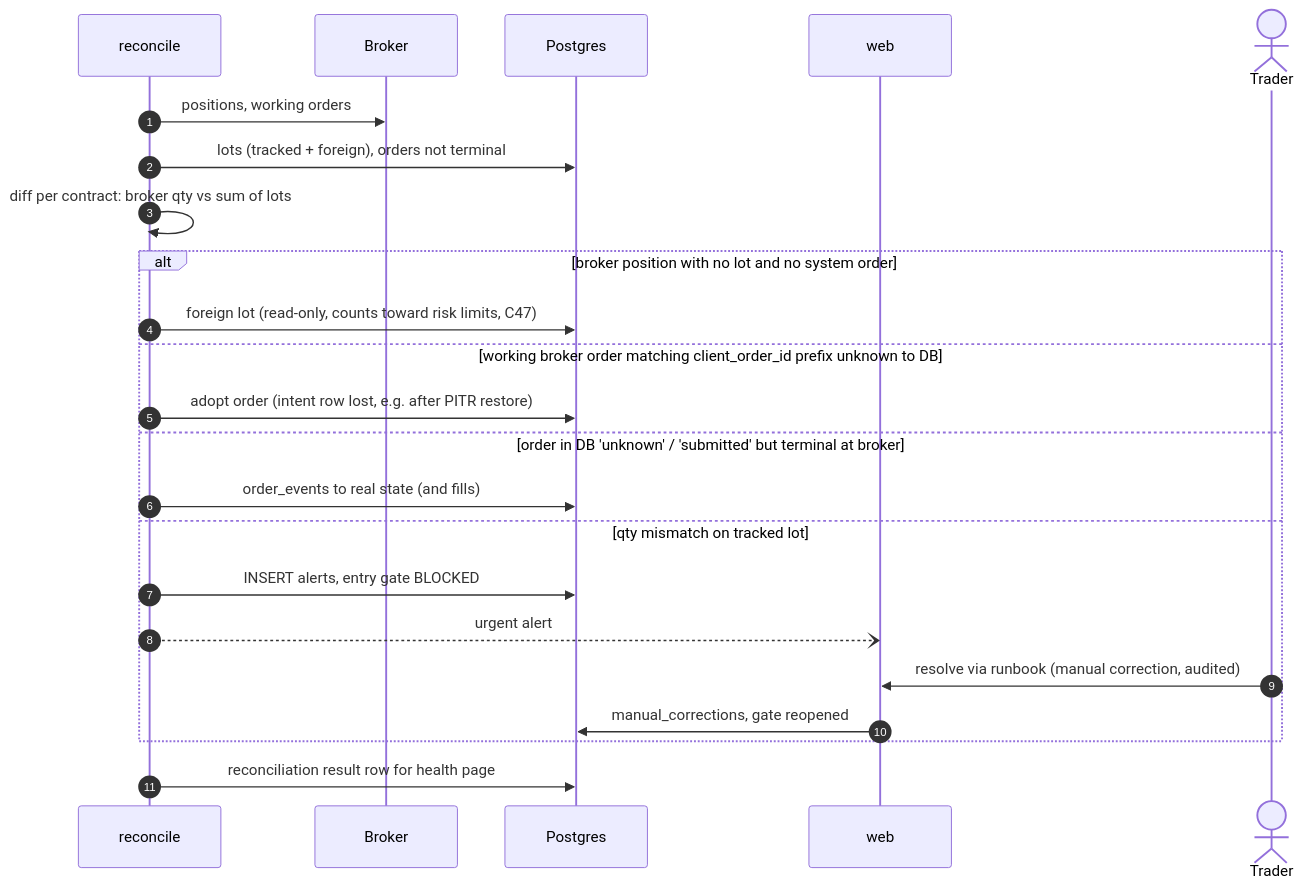
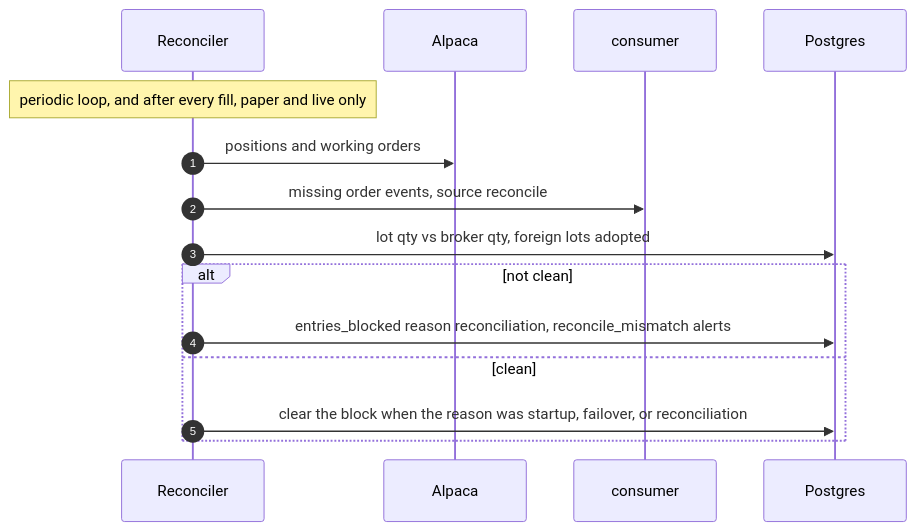
One commit to idolrun/trading-agent changed the ninth of 12 diagrams in docs/diagrams/06-sequence-diagrams.md. Above: the diagram before and after it, drawn with Mermaid. The commit also changed other lines of this file and 131 other files, not shown here.

First line of the commit message:
docs: update architecture and data flow diagrams for clarity and consistency

````diff
--- a/docs/diagrams/06-sequence-diagrams.md
+++ b/docs/diagrams/06-sequence-diagrams.md
@@ -396,26 +258,18 @@
 ```mermaid
 sequenceDiagram
     autonumber
-    participant R as reconcile
-    participant B as Broker
+    participant R as Reconciler
+    participant B as Alpaca
+    participant C as consumer
     participant DB as Postgres
-    participant W as web
-    actor U as Trader
 
-    R->>B: positions, working orders
-    R->>DB: lots (tracked + foreign), orders not terminal
-    R->>R: diff per contract: broker qty vs sum of lots
-    alt broker position with no lot and no system order
-        R->>DB: foreign lot (read-only, counts toward risk limits, C47)
-    else working broker order matching client_order_id prefix unknown to DB
-        R->>DB: adopt order (intent row lost, e.g. after PITR restore)
-    else order in DB 'unknown' / 'submitted' but terminal at broker
-        R->>DB: order_events to real state (and fills)
-    else qty mismatch on tracked lot
-        R->>DB: INSERT alerts, entry gate BLOCKED
-        R--)W: urgent alert
-        U->>W: resolve via runbook (manual correction, audited)
-        W->>DB: manual_corrections, gate reopened
+    Note over R: periodic loop, and after every fill, paper and live only
+    R->>B: positions and working orders
+    R->>C: missing order events, source reconcile
+    R->>DB: lot qty vs broker qty, foreign lots adopted
+    alt not clean
+        R->>DB: entries_blocked reason reconciliation, reconcile_mismatch alerts
+    else clean
+        R->>DB: clear the block when the reason was startup, failover, or reconciliation
     end
-    R->>DB: reconciliation result row for health page
 ```
````
